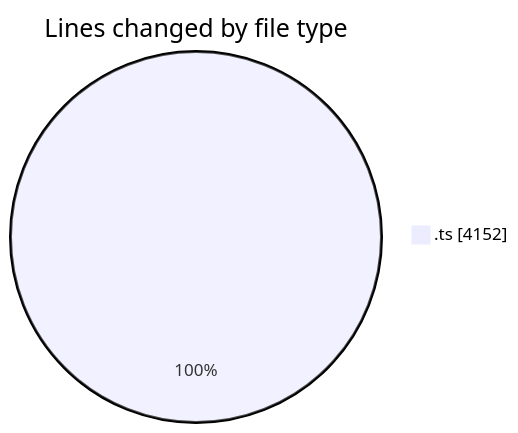
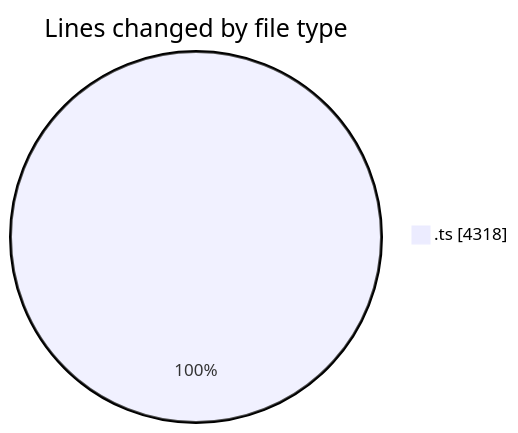
One commit to momahboobian/code-tracking changed the first of 2 diagrams in 2025-08-08/cda/README.md. Above: the diagram before and after it, drawn with Mermaid. The commit also changed other lines of this file and 1 other file, not shown here.

````diff
--- a/2025-08-08/cda/README.md
+++ b/2025-08-08/cda/README.md
@@ -26,5 +26,5 @@
 ```mermaid
 pie showData
 title Lines changed by file type
-".ts" : 4152
+".ts" : 4318
 ```
````
